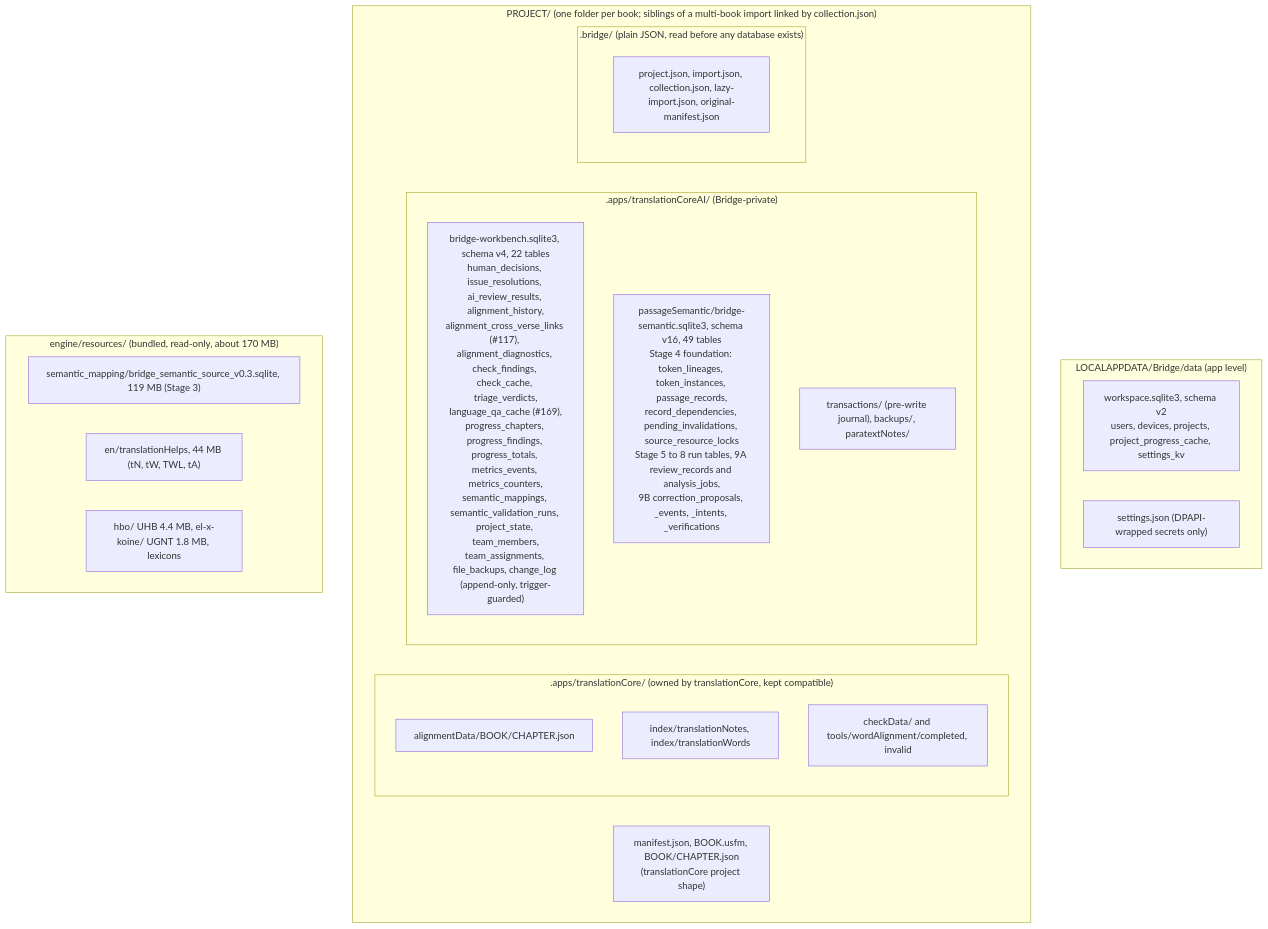
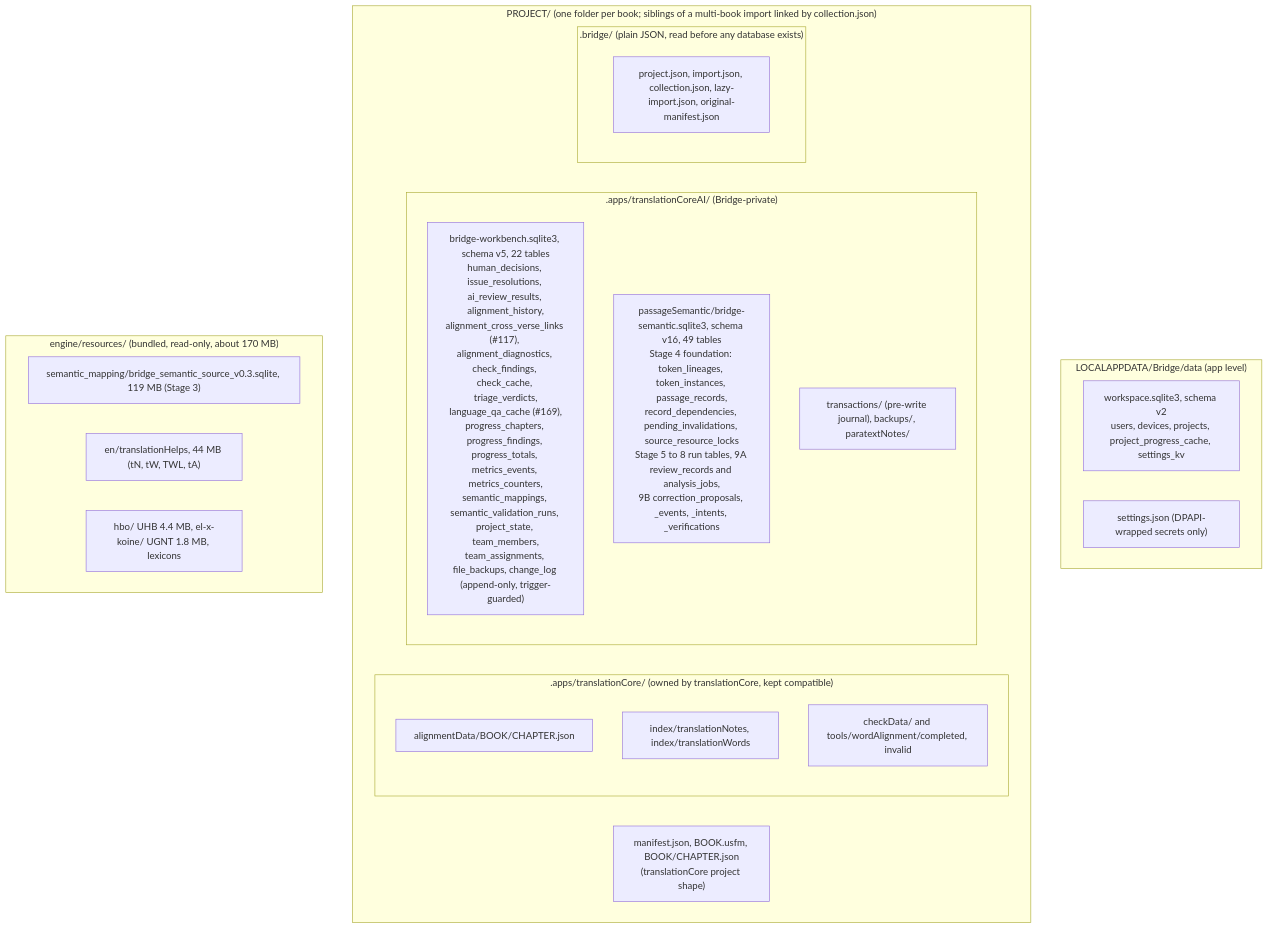
The second of 4 diagrams in docs/ARCHITECTURE.md (RevantCI/bridge), drawn with Mermaid before and after one commit. The commit also changed other lines of this file and 31 other files, not shown here.

````diff
--- a/docs/ARCHITECTURE.md
+++ b/docs/ARCHITECTURE.md
@@ -102,28 +102,28 @@
 ```mermaid
 flowchart TB
   subgraph App["LOCALAPPDATA/Bridge/data (app level)"]
     WS["workspace.sqlite3, schema v2<br/>users, devices, projects, project_progress_cache, settings_kv"]
     SJ["settings.json (DPAPI-wrapped secrets only)"]
   end
   subgraph Proj["PROJECT/ (one folder per book; siblings of a multi-book import linked by collection.json)"]
     M["manifest.json, BOOK.usfm, BOOK/CHAPTER.json<br/>(translationCore project shape)"]
     subgraph TCdir[".apps/translationCore/ (owned by translationCore, kept compatible)"]
       AD["alignmentData/BOOK/CHAPTER.json"]
       IDX["index/translationNotes, index/translationWords"]
       CD["checkData/ and tools/wordAlignment/completed, invalid"]
     end
     subgraph AIdir[".apps/translationCoreAI/ (Bridge-private)"]
-      WB["bridge-workbench.sqlite3, schema v4, 22 tables<br/>human_decisions, issue_resolutions, ai_review_results, alignment_history,<br/>alignment_cross_verse_links (#117), alignment_diagnostics, check_findings, check_cache, triage_verdicts,<br/>language_qa_cache (#169),<br/>progress_chapters, progress_findings, progress_totals, metrics_events, metrics_counters,<br/>semantic_mappings, semantic_validation_runs, project_state, team_members,<br/>team_assignments, file_backups, change_log (append-only, trigger-guarded)"]
+      WB["bridge-workbench.sqlite3, schema v5, 22 tables<br/>human_decisions, issue_resolutions, ai_review_results, alignment_history,<br/>alignment_cross_verse_links (#117), alignment_diagnostics, check_findings, check_cache, triage_verdicts,<br/>language_qa_cache (#169),<br/>progress_chapters, progress_findings, progress_totals, metrics_events, metrics_counters,<br/>semantic_mappings, semantic_validation_runs, project_state, team_members,<br/>team_assignments, file_backups, change_log (append-only, trigger-guarded)"]
       SEM["passageSemantic/bridge-semantic.sqlite3, schema v16, 49 tables<br/>Stage 4 foundation: token_lineages, token_instances, passage_records,<br/>record_dependencies, pending_invalidations, source_resource_locks<br/>Stage 5 to 8 run tables, 9A review_records and analysis_jobs,<br/>9B correction_proposals, _events, _intents, _verifications"]
       TX["transactions/ (pre-write journal), backups/, paratextNotes/"]
     end
     subgraph Bdir[".bridge/ (plain JSON, read before any database exists)"]
       BJ["project.json, import.json, collection.json, lazy-import.json, original-manifest.json"]
     end
   end
   subgraph Res["engine/resources/ (bundled, read-only, about 170 MB)"]
     R1["semantic_mapping/bridge_semantic_source_v0.3.sqlite, 119 MB (Stage 3)"]
     R2["en/translationHelps, 44 MB (tN, tW, TWL, tA)"]
     R3["hbo/ UHB 4.4 MB, el-x-koine/ UGNT 1.8 MB, lexicons"]
   end
 ```
````
